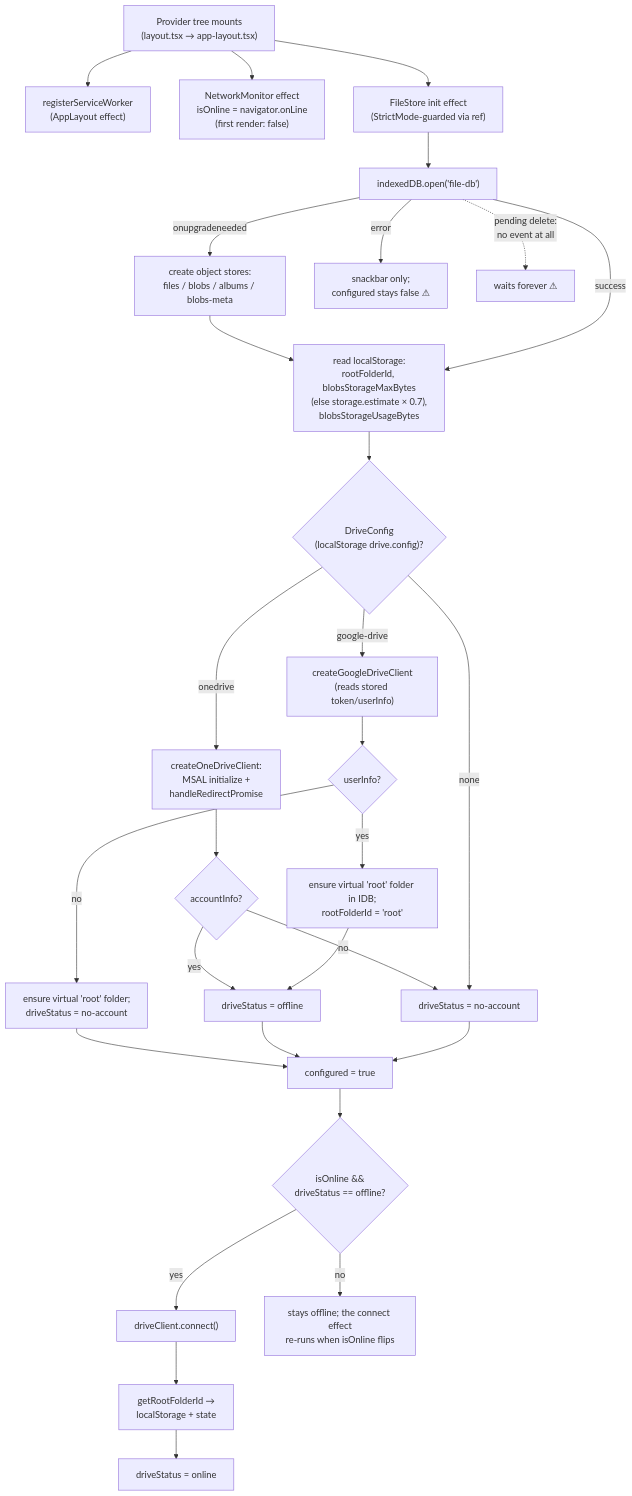
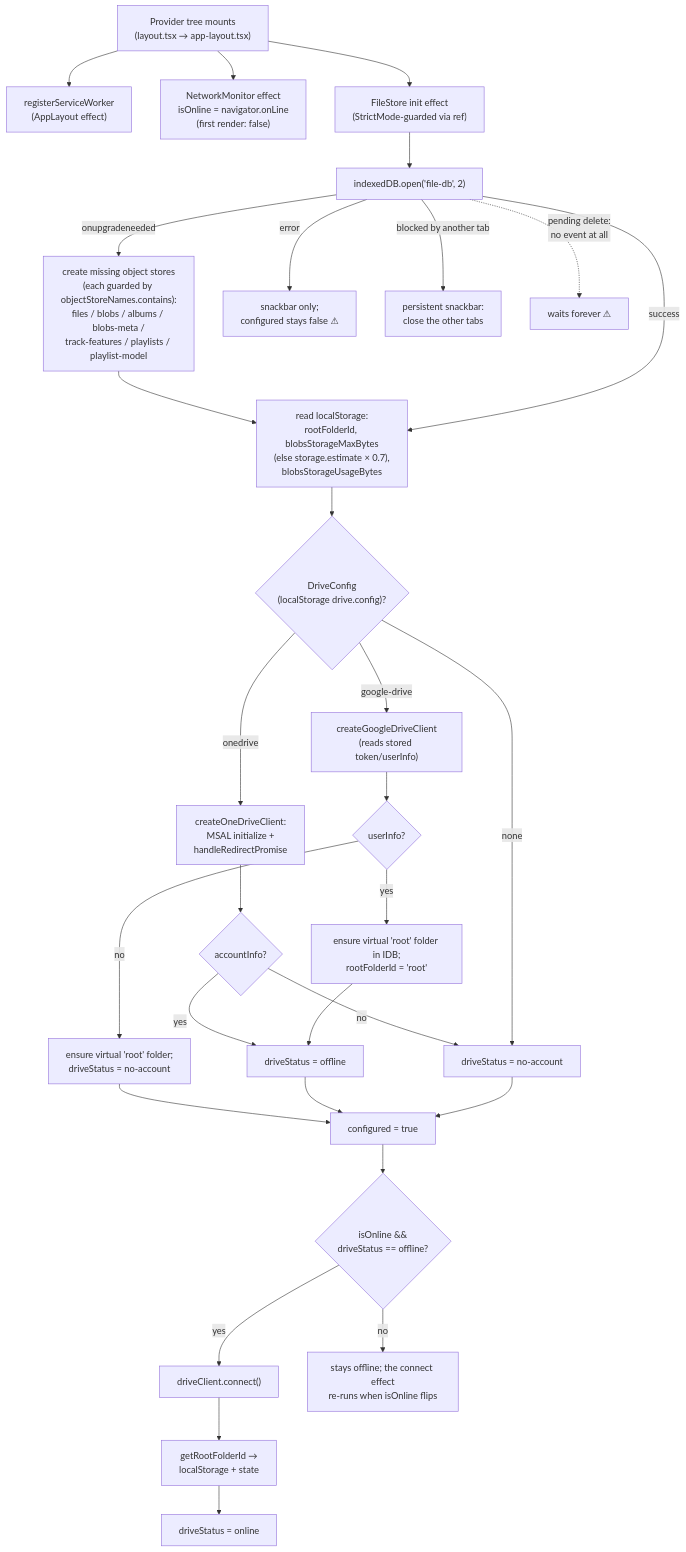
The second of 5 diagrams in docs/architecture.md (ContentsViewer/cloud-music-box), drawn with Mermaid before and after one commit. The commit also changed other lines of this file and 22 other files, not shown here.

````diff
--- a/docs/architecture.md
+++ b/docs/architecture.md
@@ -221,38 +257,39 @@
 ```mermaid
 flowchart TD
   Mount["Provider tree mounts<br/>(layout.tsx → app-layout.tsx)"] --> SW["registerServiceWorker<br/>(AppLayout effect)"]
   Mount --> NM["NetworkMonitor effect<br/>isOnline = navigator.onLine<br/>(first render: false)"]
   Mount --> Init["FileStore init effect<br/>(StrictMode-guarded via ref)"]
 
-  Init --> Open["indexedDB.open('file-db')"]
-  Open -- "onupgradeneeded" --> Create["create object stores:<br/>files / blobs / albums / blobs-meta"]
+  Init --> Open["indexedDB.open('file-db', 2)"]
+  Open -- "onupgradeneeded" --> Create["create missing object stores<br/>(each guarded by objectStoreNames.contains):<br/>files / blobs / albums / blobs-meta /<br/>track-features / playlists / playlist-model"]
   Create --> LSread
   Open -- "success" --> LSread["read localStorage:<br/>rootFolderId, blobsStorageMaxBytes<br/>(else storage.estimate × 0.7),<br/>blobsStorageUsageBytes"]
   Open -- "error" --> Fail["snackbar only;<br/>configured stays false ⚠"]
+  Open -- "blocked by another tab" --> Blocked["persistent snackbar:<br/>close the other tabs"]
   Open -. "pending delete:<br/>no event at all" .-> Hang["waits forever ⚠"]
 
   LSread --> Cfg{"DriveConfig<br/>(localStorage drive.config)?"}
 
   Cfg -- "onedrive" --> OD["createOneDriveClient:<br/>MSAL initialize +<br/>handleRedirectPromise"]
   OD --> ODacc{"accountInfo?"}
   ODacc -- "yes" --> StOff["driveStatus = offline"]
   ODacc -- "no" --> StNo["driveStatus = no-account"]
 
   Cfg -- "google-drive" --> GD["createGoogleDriveClient<br/>(reads stored token/userInfo)"]
   GD --> GDusr{"userInfo?"}
   GDusr -- "yes" --> GRoot["ensure virtual 'root' folder in IDB;<br/>rootFolderId = 'root'"]
   GDusr -- "no" --> GRootN["ensure virtual 'root' folder;<br/>driveStatus = no-account"]
   GRoot --> StOff
   GRootN --> Done
 
   Cfg -- "none" --> StNo
 
   StOff --> Done["configured = true"]
   StNo --> Done
 
   Done --> Gate{"isOnline &&<br/>driveStatus == offline?"}
   Gate -- "yes" --> Conn["driveClient.connect()"]
   Conn --> RootId["getRootFolderId →<br/>localStorage + state"]
   RootId --> Online["driveStatus = online"]
   Gate -- "no" --> Wait["stays offline; the connect effect<br/>re-runs when isOnline flips"]
 ```
````
